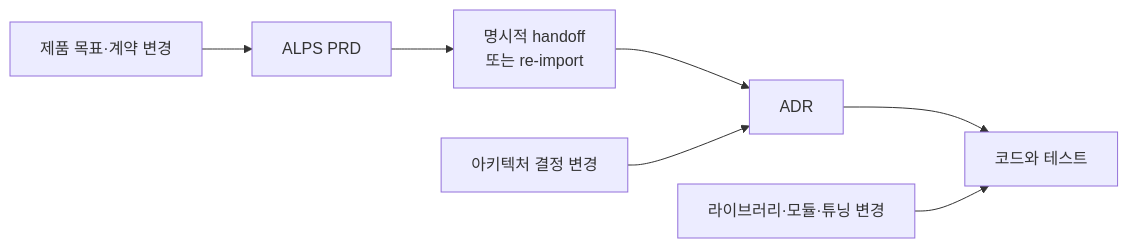
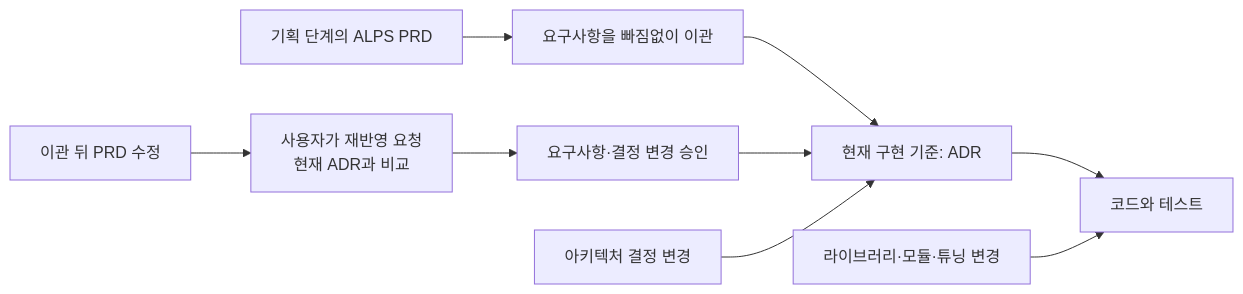
One commit to haandol/haandol.github.com changed the diagram in _posts/2026-07-25-alps-adr-abstraction-boundaries.md. Above: the diagram before and after it, drawn with Mermaid. The commit also changed other lines of this file and 36 other files, not shown here.

````diff
--- a/_posts/2026-07-25-alps-adr-abstraction-boundaries.md
+++ b/_posts/2026-07-25-alps-adr-abstraction-boundaries.md
@@ -106,9 +102,11 @@
 ```mermaid
 flowchart LR
-    P["제품 목표·계약 변경"] --> PRD["ALPS PRD"]
-    PRD --> H["명시적 handoff<br/>또는 re-import"]
-    H --> ADR["ADR"]
-    A["아키텍처 결정 변경"] --> ADR
+    PRD["기획 단계의 ALPS PRD"] --> H["요구사항을 빠짐없이 이관"]
+    H --> ADR["현재 구현 기준: ADR"]
+    P["이관 뒤 PRD 수정"] --> R["사용자가 재반영 요청<br/>현재 ADR과 비교"]
+    R --> A["요구사항·결정 변경 승인"]
+    A --> ADR
+    D["아키텍처 결정 변경"] --> ADR
     ADR --> CODE["코드와 테스트"]
     I["라이브러리·모듈·튜닝 변경"] --> CODE
 ```
````
